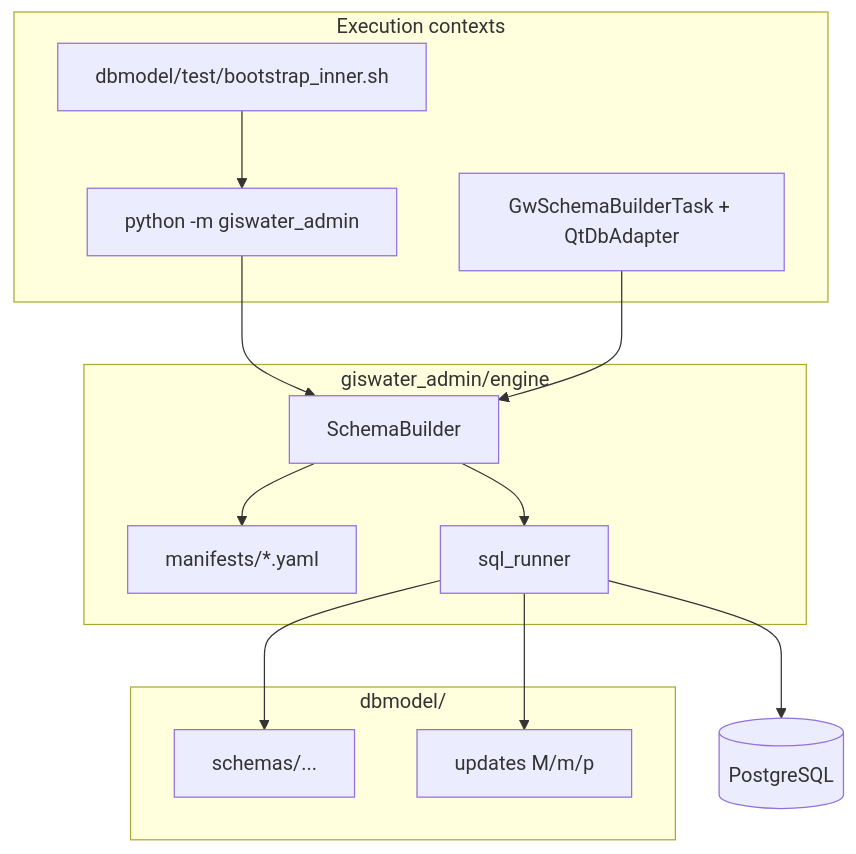
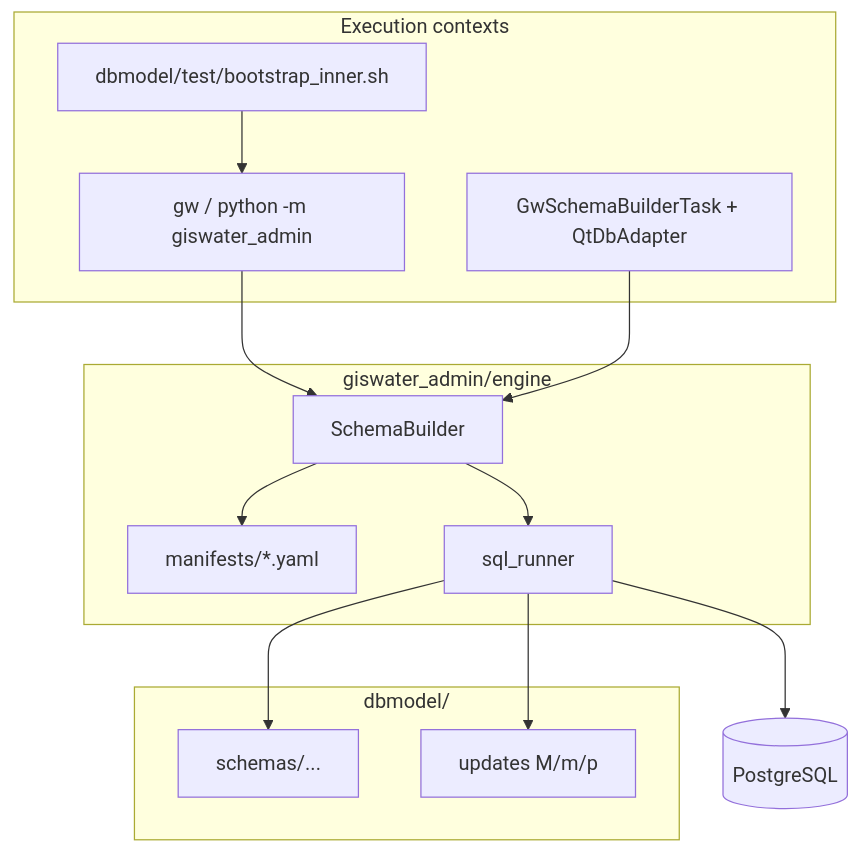
Before and after one commit to Giswater/giswater_qgis_plugin: the diagram in giswater_admin/README.md, drawn with Mermaid. The commit also changed other lines of this file and 71 other files, not shown here.

````diff
--- a/giswater_admin/README.md
+++ b/giswater_admin/README.md
@@ -62,26 +81,26 @@
 ```mermaid
 flowchart TB
   subgraph hosts [Execution contexts]
-    CLI["python -m giswater_admin"]
+    CLI["gw / python -m giswater_admin"]
     QGIS["GwSchemaBuilderTask + QtDbAdapter"]
     CI["dbmodel/test/bootstrap_inner.sh"]
   end
   subgraph engine [giswater_admin/engine]
     Manifest["manifests/*.yaml"]
     Builder["SchemaBuilder"]
     Runner["sql_runner"]
   end
   subgraph dbmodel_tree [dbmodel/]
     Schemas["schemas/..."]
     Updates["updates M/m/p"]
   end
   PG[(PostgreSQL)]
   CLI --> Builder
   QGIS --> Builder
   CI --> CLI
   Builder --> Manifest
   Builder --> Runner
   Runner --> Schemas
   Runner --> Updates
   Runner --> PG
 ```
````
